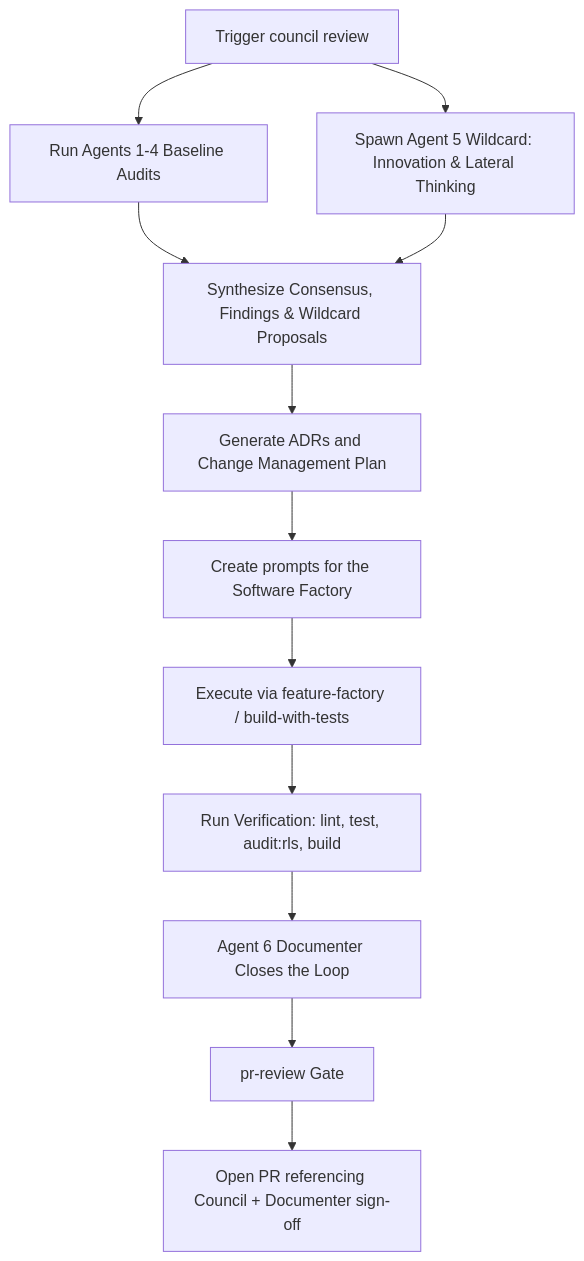
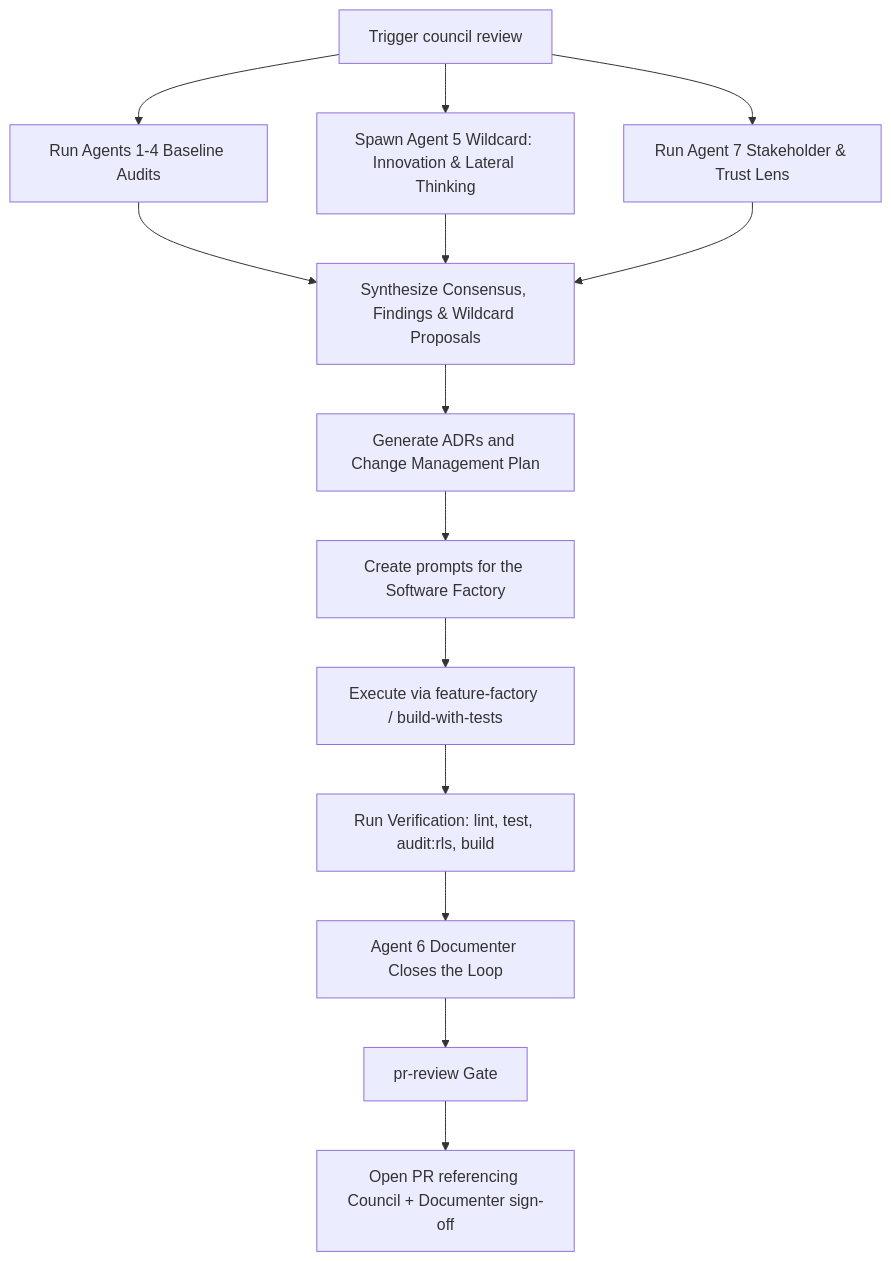
Before and after one commit to ricardojjulia/FaithFullScholars: the diagram in improve-software.md, drawn with Mermaid. The commit also changed other lines of this file and 8 other files, not shown here.

First line of the commit message:
docs(process): domain review personas and Council Agent 7 (Stakeholder & Trust Lens)

````diff
--- a/improve-software.md
+++ b/improve-software.md
@@ -22,14 +23,16 @@
 ```mermaid
 graph TD
     A[Trigger council review] --> B[Run Agents 1-4 Baseline Audits]
     A --> W[Spawn Agent 5 Wildcard: Innovation & Lateral Thinking]
+    A --> T[Run Agent 7 Stakeholder & Trust Lens]
     B --> C[Synthesize Consensus, Findings & Wildcard Proposals]
     W --> C
+    T --> C
     C --> D[Generate ADRs and Change Management Plan]
     D --> E[Create prompts for the Software Factory]
     E --> F[Execute via feature-factory / build-with-tests]
     F --> G[Run Verification: lint, test, audit:rls, build]
     G --> H[Agent 6 Documenter Closes the Loop]
     H --> I[pr-review Gate]
     I --> J[Open PR referencing Council + Documenter sign-off]
 ```
````
